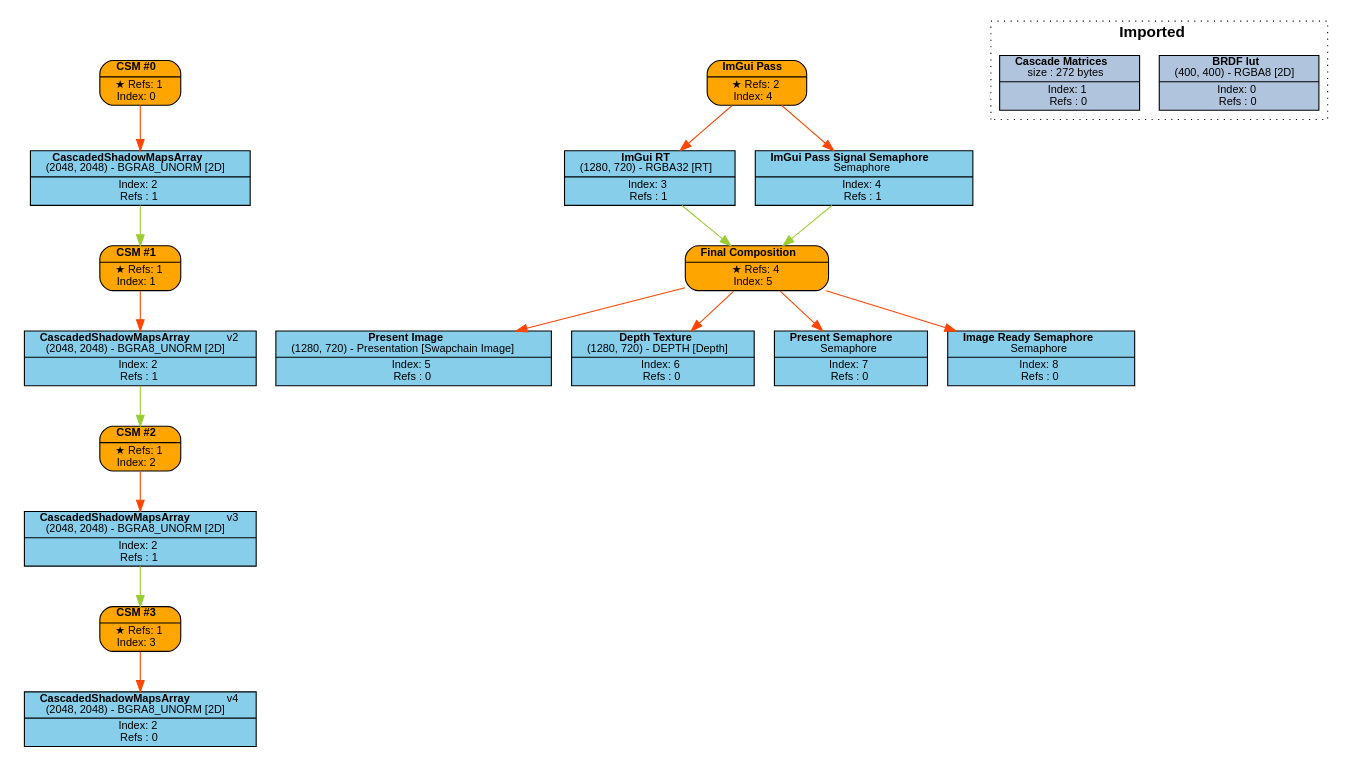
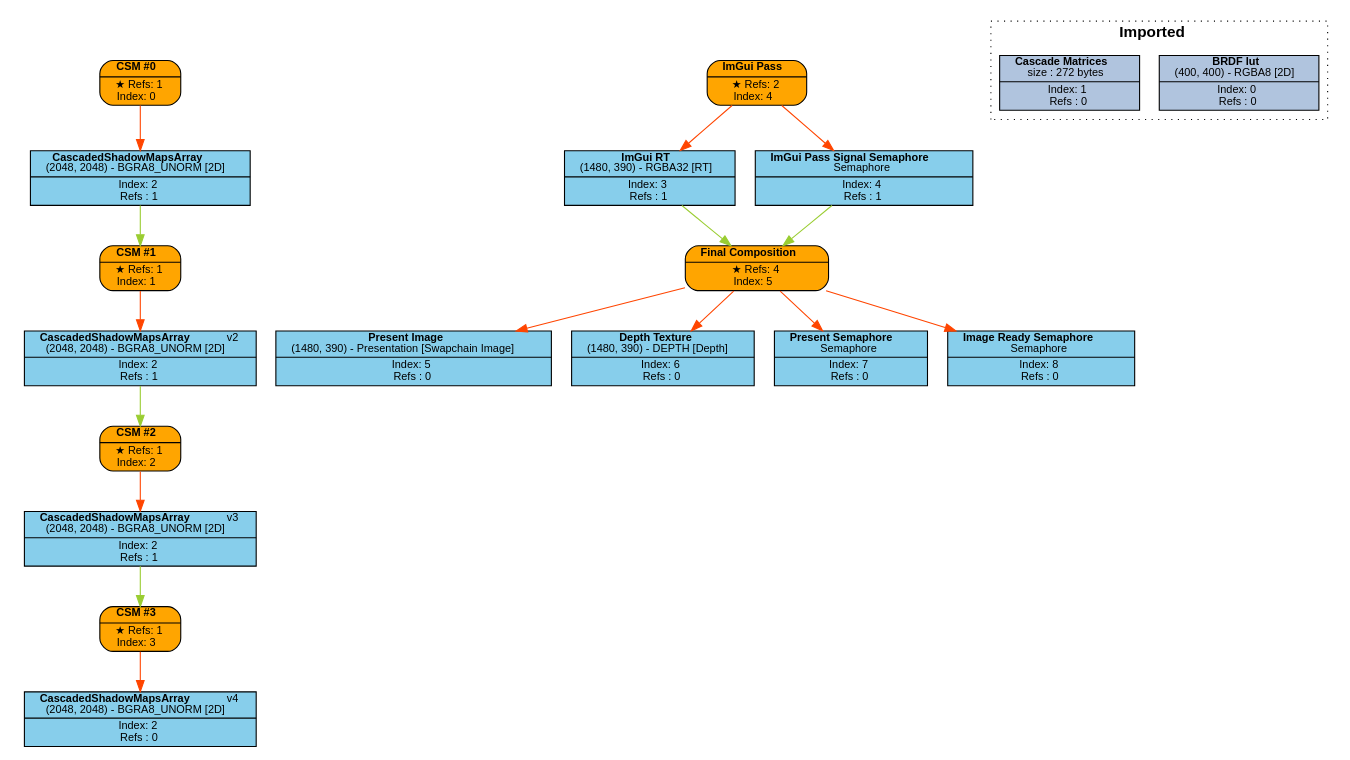
One commit to Pikachuxxxx/Razix changed the diagram in Engine/content/FrameGraphs/frame_graph_test.dot. Above: the diagram before and after it, drawn with Graphviz. The commit also changed 3 other files, not shown here.

```diff
--- a/Engine/content/FrameGraphs/frame_graph_test.dot
+++ b/Engine/content/FrameGraphs/frame_graph_test.dot
@@ -1,69 +1,69 @@
 digraph FrameGraph {
 graph [style=invis, rankdir="TB" ordering=out, splines=spline]
 node [shape=record, fontname="helvetica", fontsize=10, margin="0.2,0.03"]
 
 P0 [label=<{ {<B>CSM #0</B>} | {&#x2605; Refs: 1<BR/> Index: 0} }> style="rounded,filled", fillcolor=orange]
 P1 [label=<{ {<B>CSM #1</B>} | {&#x2605; Refs: 1<BR/> Index: 1} }> style="rounded,filled", fillcolor=orange]
 P2 [label=<{ {<B>CSM #2</B>} | {&#x2605; Refs: 1<BR/> Index: 2} }> style="rounded,filled", fillcolor=orange]
 P3 [label=<{ {<B>CSM #3</B>} | {&#x2605; Refs: 1<BR/> Index: 3} }> style="rounded,filled", fillcolor=orange]
 P4 [label=<{ {<B>ImGui Pass</B>} | {&#x2605; Refs: 2<BR/> Index: 4} }> style="rounded,filled", fillcolor=orange]
 P5 [label=<{ {<B>Final Composition</B>} | {&#x2605; Refs: 4<BR/> Index: 5} }> style="rounded,filled", fillcolor=orange]
 
 R0_1 [label=<{ {<B>BRDF lut</B><BR/>(400, 400) - RGBA8 [2D]} | {Index: 0<BR/>Refs : 0} }> style=filled, fillcolor=lightsteelblue]
 R1_1 [label=<{ {<B>Cascade Matrices</B><BR/>size : 272 bytes} | {Index: 1<BR/>Refs : 0} }> style=filled, fillcolor=lightsteelblue]
 R2_1 [label=<{ {<B>CascadedShadowMapsArray</B><BR/>(2048, 2048) - BGRA8_UNORM [2D]} | {Index: 2<BR/>Refs : 1} }> style=filled, fillcolor=skyblue]
 R2_2 [label=<{ {<B>CascadedShadowMapsArray</B>   <FONT>v2</FONT><BR/>(2048, 2048) - BGRA8_UNORM [2D]} | {Index: 2<BR/>Refs : 1} }> style=filled, fillcolor=skyblue]
 R2_3 [label=<{ {<B>CascadedShadowMapsArray</B>   <FONT>v3</FONT><BR/>(2048, 2048) - BGRA8_UNORM [2D]} | {Index: 2<BR/>Refs : 1} }> style=filled, fillcolor=skyblue]
 R2_4 [label=<{ {<B>CascadedShadowMapsArray</B>   <FONT>v4</FONT><BR/>(2048, 2048) - BGRA8_UNORM [2D]} | {Index: 2<BR/>Refs : 0} }> style=filled, fillcolor=skyblue]
-R3_1 [label=<{ {<B>ImGui RT</B><BR/>(1280, 720) - RGBA32 [RT]} | {Index: 3<BR/>Refs : 1} }> style=filled, fillcolor=skyblue]
+R3_1 [label=<{ {<B>ImGui RT</B><BR/>(1480, 390) - RGBA32 [RT]} | {Index: 3<BR/>Refs : 1} }> style=filled, fillcolor=skyblue]
 R4_1 [label=<{ {<B>ImGui Pass Signal Semaphore</B><BR/>Semaphore} | {Index: 4<BR/>Refs : 1} }> style=filled, fillcolor=skyblue]
-R5_1 [label=<{ {<B>Present Image</B><BR/>(1280, 720) - Presentation [Swapchain Image]} | {Index: 5<BR/>Refs : 0} }> style=filled, fillcolor=skyblue]
-R6_1 [label=<{ {<B>Depth Texture</B><BR/>(1280, 720) - DEPTH [Depth]} | {Index: 6<BR/>Refs : 0} }> style=filled, fillcolor=skyblue]
+R5_1 [label=<{ {<B>Present Image</B><BR/>(1480, 390) - Presentation [Swapchain Image]} | {Index: 5<BR/>Refs : 0} }> style=filled, fillcolor=skyblue]
+R6_1 [label=<{ {<B>Depth Texture</B><BR/>(1480, 390) - DEPTH [Depth]} | {Index: 6<BR/>Refs : 0} }> style=filled, fillcolor=skyblue]
 R7_1 [label=<{ {<B>Present Semaphore</B><BR/>Semaphore} | {Index: 7<BR/>Refs : 0} }> style=filled, fillcolor=skyblue]
 R8_1 [label=<{ {<B>Image Ready Semaphore</B><BR/>Semaphore} | {Index: 8<BR/>Refs : 0} }> style=filled, fillcolor=skyblue]
 
 P0 -> { R2_1 } [color=orangered]
 P1 -> { R2_2 } [color=orangered]
 P2 -> { R2_3 } [color=orangered]
 P3 -> { R2_4 } [color=orangered]
 P4 -> { R3_1 R4_1 } [color=orangered]
 P5 -> { R5_1 R6_1 R7_1 R8_1 } [color=orangered]
 
 R0_1 -> { } [color=olivedrab3]
 R1_1 -> { } [color=olivedrab3]
 R2_1 -> { P1 } [color=olivedrab3]
 R2_2 -> { P2 } [color=olivedrab3]
 R2_3 -> { P3 } [color=olivedrab3]
 R2_4 -> { } [color=olivedrab3]
 R3_1 -> { P5 } [color=olivedrab3]
 R4_1 -> { P5 } [color=olivedrab3]
 R5_1 -> { } [color=olivedrab3]
 R6_1 -> { } [color=olivedrab3]
 R7_1 -> { } [color=olivedrab3]
 R8_1 -> { } [color=olivedrab3]
 
 subgraph cluster_0 {
 P0 R2_1 
 }
 subgraph cluster_1 {
 P1 
 }
 subgraph cluster_2 {
 P2 
 }
 subgraph cluster_3 {
 P3 
 }
 subgraph cluster_4 {
 P4 R3_1 R4_1 
 }
 subgraph cluster_5 {
 P5 R5_1 R6_1 R7_1 R8_1 
 }
 
 subgraph cluster_imported_resources {
 graph [style=dotted, fontname="helvetica", label=< <B>Imported</B> >]
 R0_1 R1_1 
 }
 
 }
```
